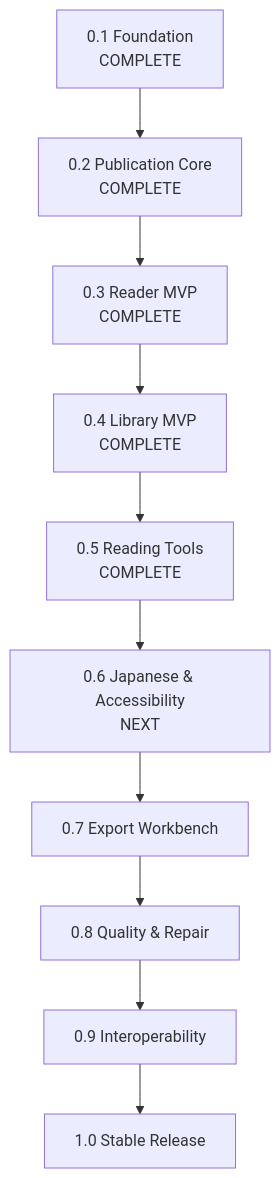
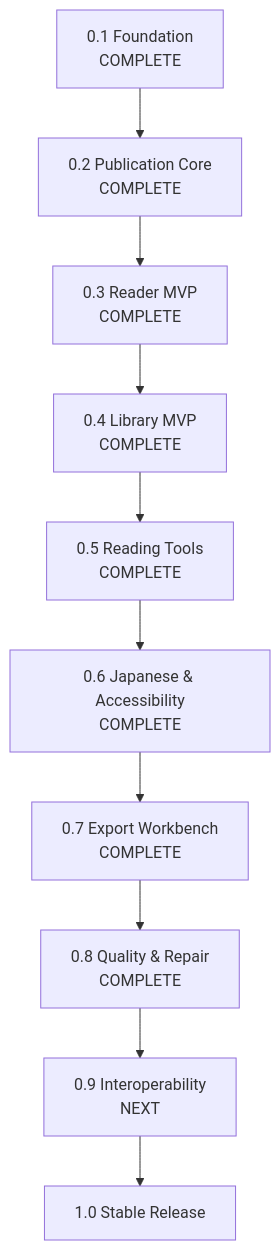
The diagram in docs/roadmap.md (bosatsu25/ReflowPress), drawn with Mermaid before and after one commit. The commit also changed other lines of this file and 48 other files, not shown here.

Commit message:
feat: implement Quality & Safe Repair Workbench (Milestone 0.8)

````diff
--- a/docs/roadmap.md
+++ b/docs/roadmap.md
@@ -14,12 +14,12 @@
 ```mermaid
 flowchart TD
     M01[0.1 Foundation<br/>COMPLETE] --> M02[0.2 Publication Core<br/>COMPLETE]
     M02 --> M03[0.3 Reader MVP<br/>COMPLETE]
     M03 --> M04[0.4 Library MVP<br/>COMPLETE]
     M04 --> M05[0.5 Reading Tools<br/>COMPLETE]
-    M05 --> M06[0.6 Japanese & Accessibility<br/>NEXT]
-    M06 --> M07[0.7 Export Workbench]
-    M07 --> M08[0.8 Quality & Repair]
-    M08 --> M09[0.9 Interoperability]
+    M05 --> M06[0.6 Japanese & Accessibility<br/>COMPLETE]
+    M06 --> M07[0.7 Export Workbench<br/>COMPLETE]
+    M07 --> M08[0.8 Quality & Repair<br/>COMPLETE]
+    M08 --> M09[0.9 Interoperability<br/>NEXT]
     M09 --> M10[1.0 Stable Release]
 ```
````
